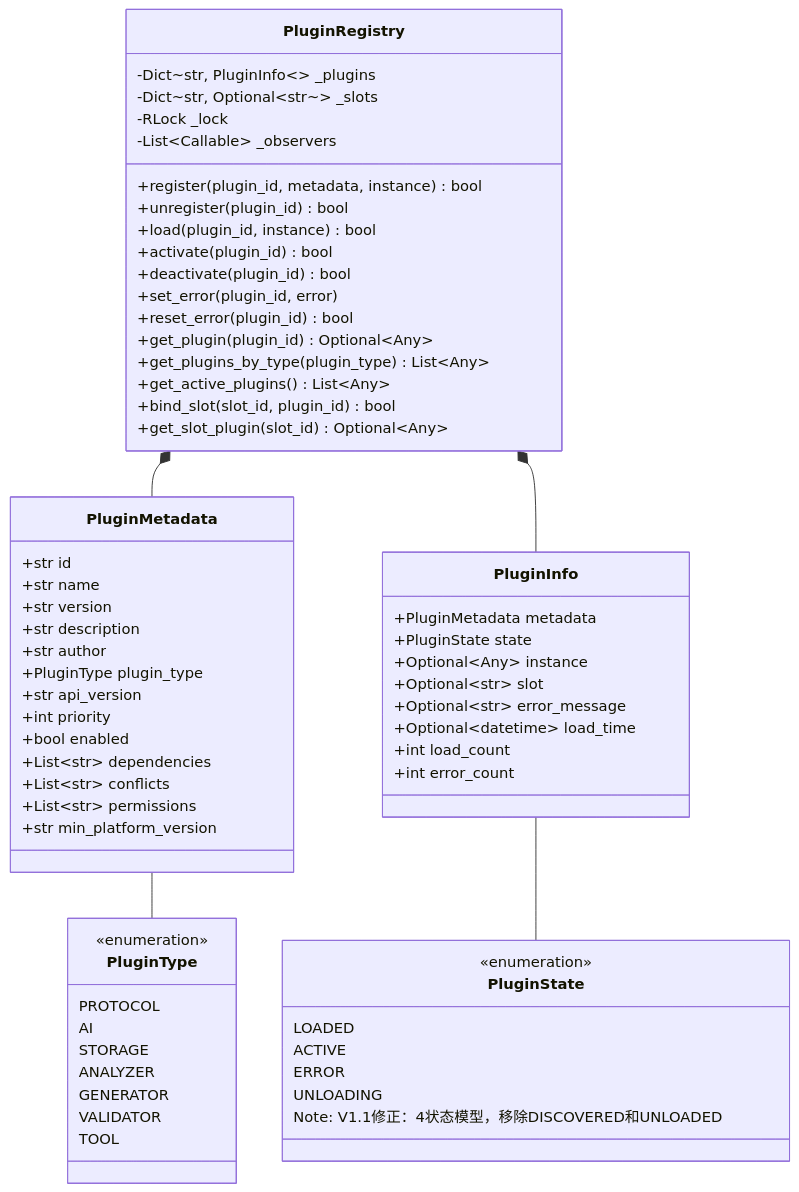
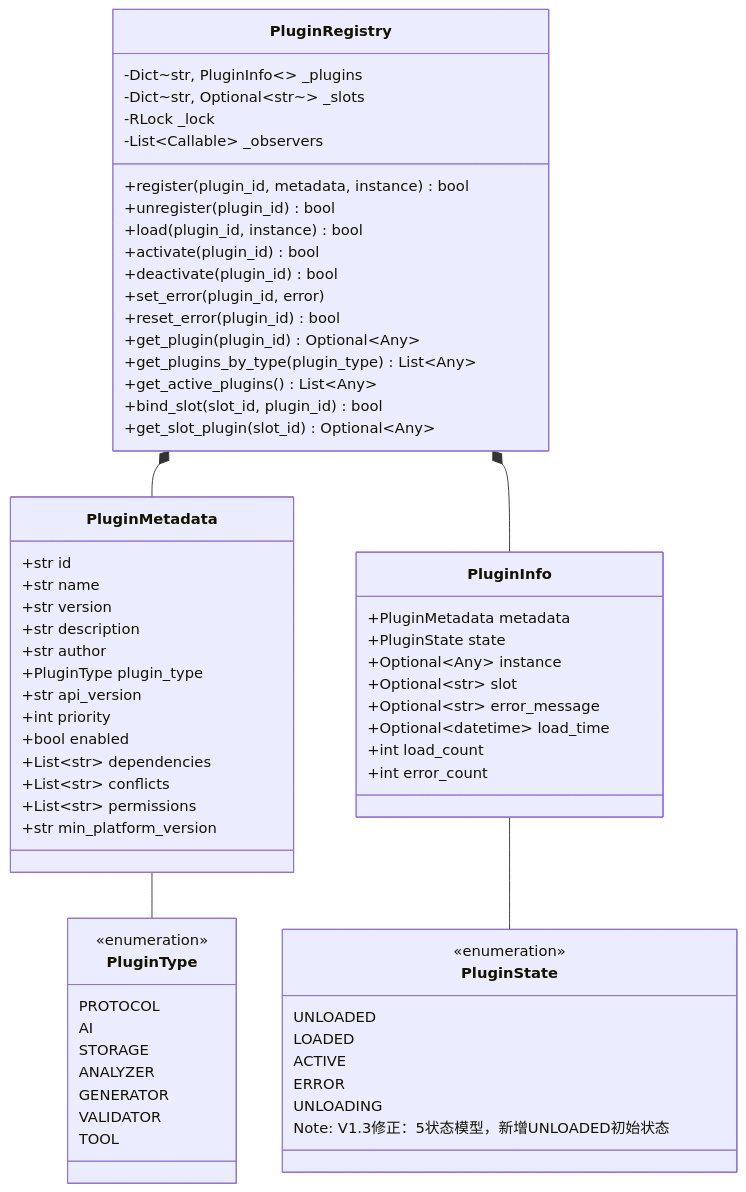
One commit to SuosuoA/novel-writing-assistant-agent-pro changed the second of 12 diagrams in 经验文档/1.2后端核心模块设计文档✅️.md. Above: the diagram before and after it, drawn with Mermaid. The commit also changed other lines of this file and 738 other files, not shown here.

````diff
--- a/经验文档/1.2后端核心模块设计文档✅️.md
+++ b/经验文档/1.2后端核心模块设计文档✅️.md
@@ -209,74 +230,75 @@
 ```mermaid
 classDiagram
     class PluginState {
         <<enumeration>>
+        UNLOADED
         LOADED
         ACTIVE
         ERROR
         UNLOADING
-        Note: V1.1修正：4状态模型，移除DISCOVERED和UNLOADED
+        Note: V1.3修正：5状态模型，新增UNLOADED初始状态
     }
     
     class PluginType {
         <<enumeration>>
         PROTOCOL
         AI
         STORAGE
         ANALYZER
         GENERATOR
         VALIDATOR
         TOOL
     }
     
     class PluginMetadata {
         +str id
         +str name
         +str version
         +str description
         +str author
         +PluginType plugin_type
         +str api_version
         +int priority
         +bool enabled
         +List~str~ dependencies
         +List~str~ conflicts
         +List~str~ permissions
         +str min_platform_version
     }
     
     class PluginInfo {
         +PluginMetadata metadata
         +PluginState state
         +Optional~Any~ instance
         +Optional~str~ slot
         +Optional~str~ error_message
         +Optional~datetime~ load_time
         +int load_count
         +int error_count
     }
     
     class PluginRegistry {
         -Dict~str, PluginInfo~~ _plugins
         -Dict~str, Optional~str~~ _slots
         -RLock _lock
         -List~Callable~ _observers
         
         +register(plugin_id, metadata, instance) bool
         +unregister(plugin_id) bool
         +load(plugin_id, instance) bool
         +activate(plugin_id) bool
         +deactivate(plugin_id) bool
         +set_error(plugin_id, error)
         +reset_error(plugin_id) bool
         +get_plugin(plugin_id) Optional~Any~
         +get_plugins_by_type(plugin_type) List~Any~
         +get_active_plugins() List~Any~
         +bind_slot(slot_id, plugin_id) bool
         +get_slot_plugin(slot_id) Optional~Any~
     }
     
     PluginRegistry *-- PluginMetadata
     PluginRegistry *-- PluginInfo
     PluginMetadata -- PluginType
     PluginInfo -- PluginState
 ```
````
